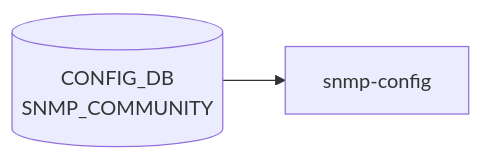
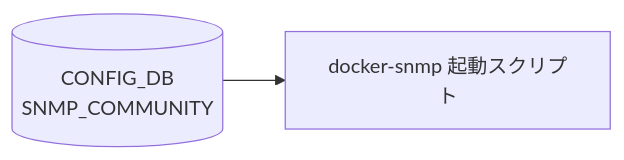
Before and after one commit to aoki-taquan/sonic-unofficial-docs: the diagram in docs/reference/config-db/community-list.md, drawn with Mermaid. The commit also changed other lines of this file and 6 other files, not shown here.

First line of the commit message:
fix(snmp): replace fabricated snmp-config daemon with verified snmpd config path

````diff
--- a/docs/reference/config-db/community-list.md
+++ b/docs/reference/config-db/community-list.md
@@ -37,6 +37,6 @@
 ```mermaid
 flowchart LR
   CDB[("CONFIG_DB<br/>SNMP_COMMUNITY")]
-  DM["snmp-config"]
+  DM["docker-snmp 起動スクリプト"]
   CDB --> DM
 ```
````
